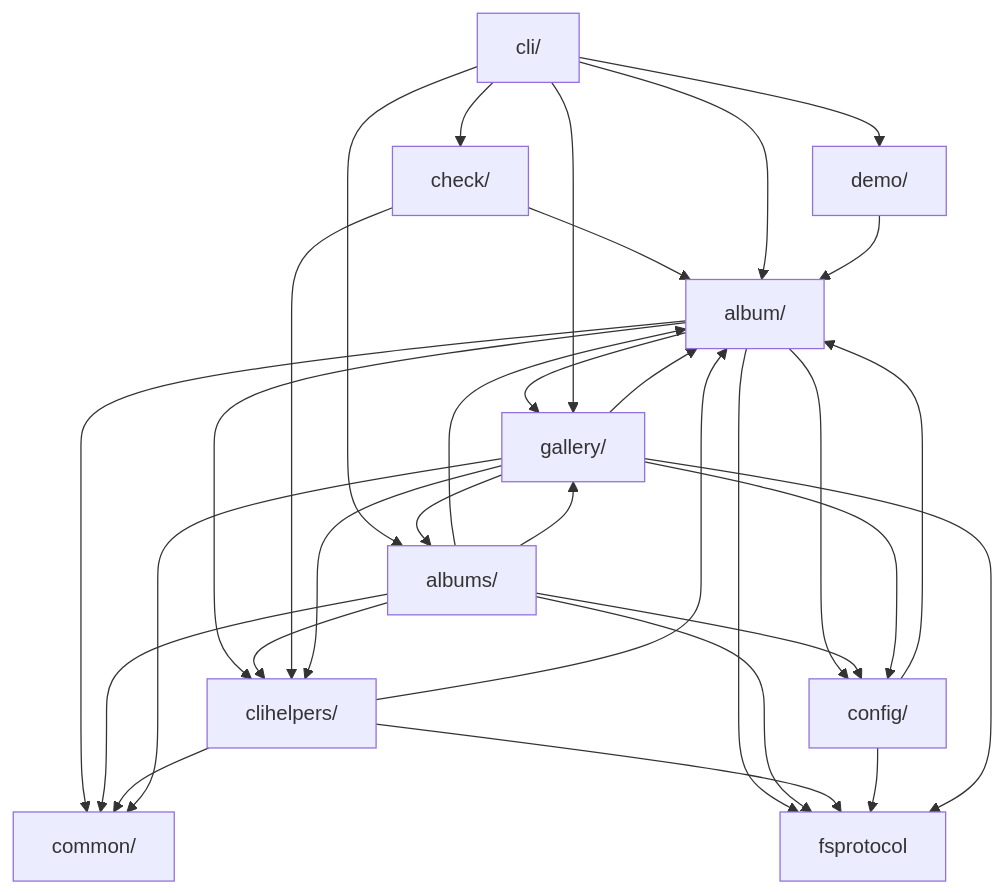
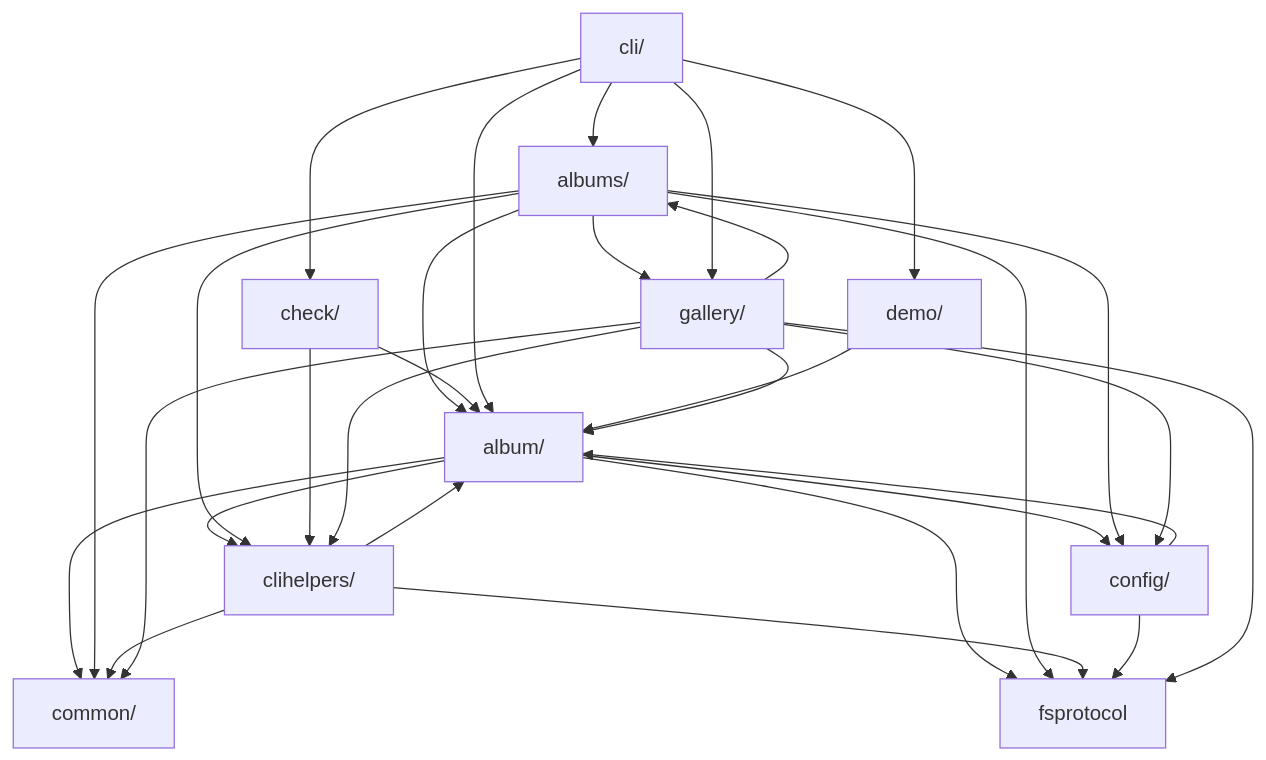
The diagram in docs/architecture.md (iglootools/photree), drawn with Mermaid before and after one commit. The commit also changed 17 other files, not shown here.

First line of the commit message:
refactor: merge gallery/store/ into fsprotocol to break album↔gallery cycle

````diff
--- a/docs/architecture.md
+++ b/docs/architecture.md
@@ -17,44 +17,43 @@
 ```mermaid
 graph TD
     album["album/"]
     albums["albums/"]
     check["check/"]
     cli["cli/"]
     clihelpers["clihelpers/"]
     common["common/"]
     config["config/"]
     demo["demo/"]
     fsprotocol["fsprotocol"]
     gallery["gallery/"]
 
     album --> clihelpers
     album --> common
     album --> config
     album --> fsprotocol
-    album --> gallery
     albums --> album
     albums --> clihelpers
     albums --> common
     albums --> config
     albums --> fsprotocol
     albums --> gallery
     check --> album
     check --> clihelpers
     cli --> album
     cli --> albums
     cli --> check
     cli --> demo
     cli --> gallery
     clihelpers --> album
     clihelpers --> common
     clihelpers --> fsprotocol
     config --> album
     config --> fsprotocol
     demo --> album
     gallery --> album
     gallery --> albums
     gallery --> clihelpers
     gallery --> common
     gallery --> config
     gallery --> fsprotocol
 ```
````
